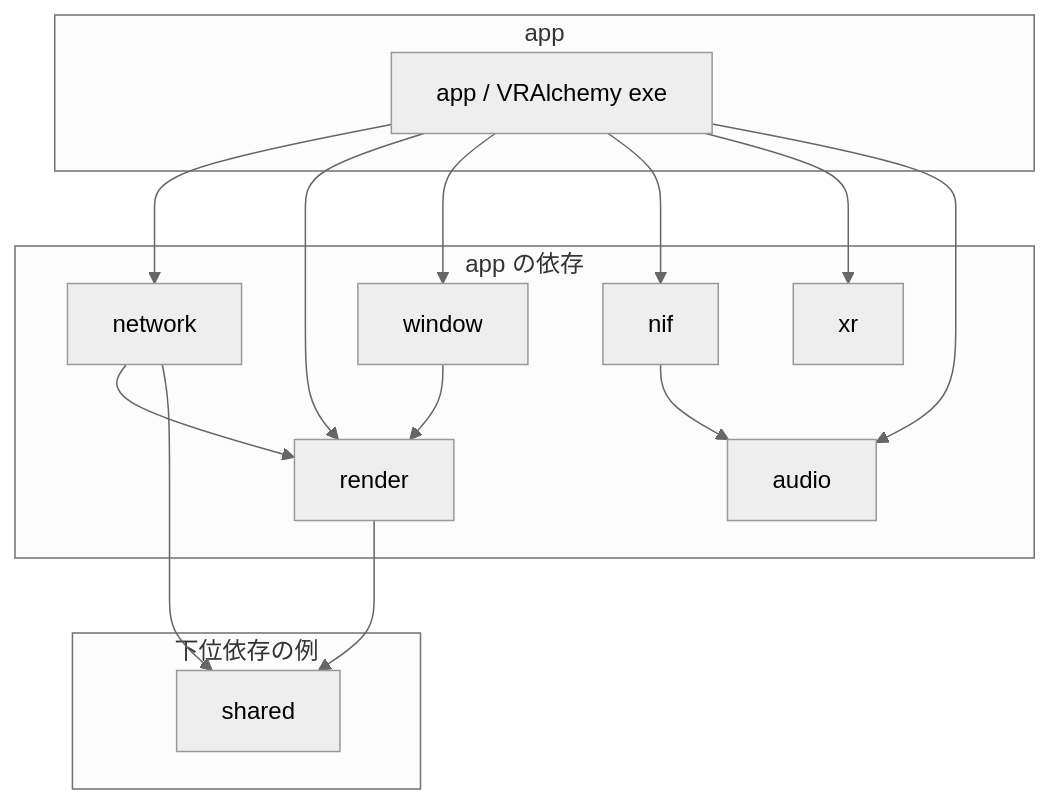
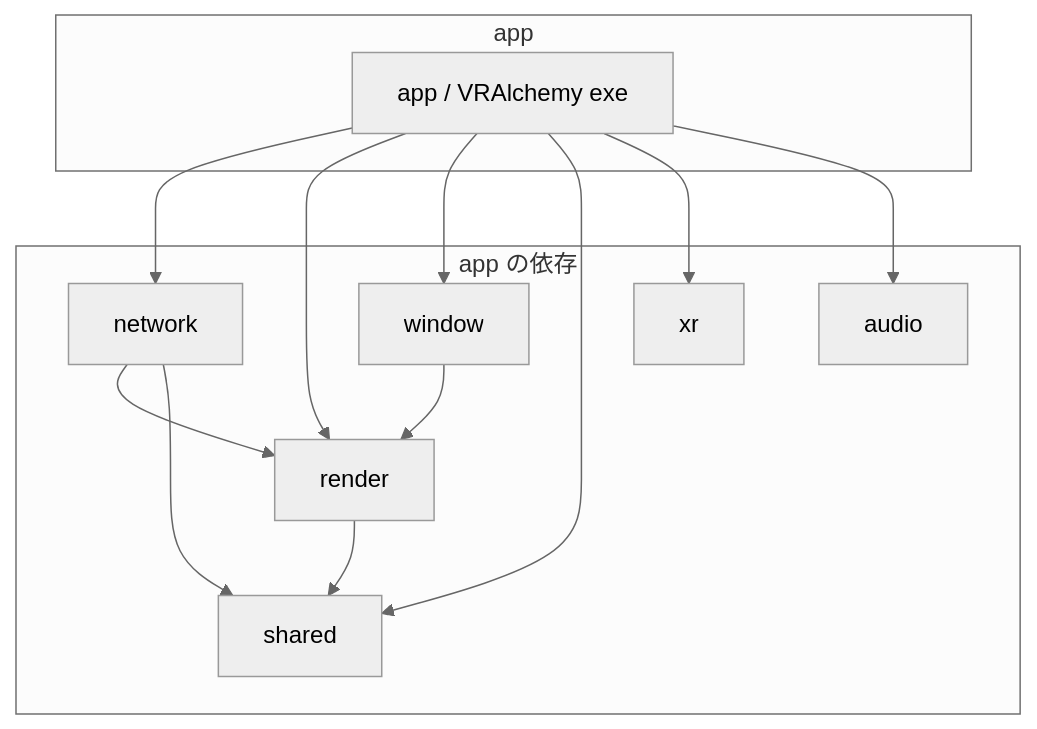
One commit to FRICK-ELDY/alchemy-engine changed the third of 5 diagrams in docs/architecture/rust/desktop_client.md. Above: the diagram before and after it, drawn with Mermaid (neutral theme). The commit also changed other lines of this file and 11 other files, not shown here.

Commit message:
docs(architecture): 現行構成（Formula NIF・Elixir tick・3 コンテンツ）に合わせて更新

````diff
--- a/docs/architecture/rust/desktop_client.md
+++ b/docs/architecture/rust/desktop_client.md
@@ -92,31 +92,26 @@
 ```mermaid
 graph TB
     subgraph app
         APP[app / VRAlchemy exe]
     end
 
     subgraph deps [app の依存]
         NETWORK[network]
         RENDER[render]
         WINDOW[window]
-        NIF[nif]
+        SHARED[shared]
         XR[xr]
         AUDIO[audio]
-    end
-
-    subgraph deps2 [下位依存の例]
-        SHARED[shared]
     end
 
     APP --> NETWORK
     APP --> RENDER
     APP --> WINDOW
-    APP --> NIF
+    APP --> SHARED
     APP --> XR
     APP --> AUDIO
     WINDOW --> RENDER
     NETWORK --> RENDER
     NETWORK --> SHARED
     RENDER --> SHARED
-    NIF --> AUDIO
 ```
````
